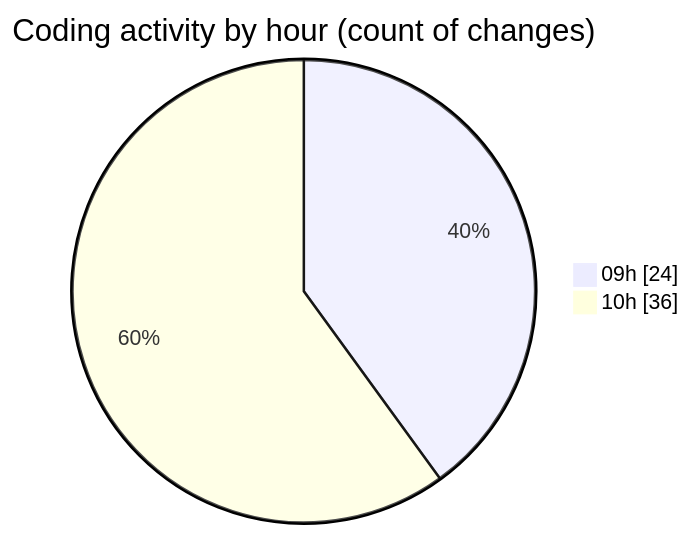
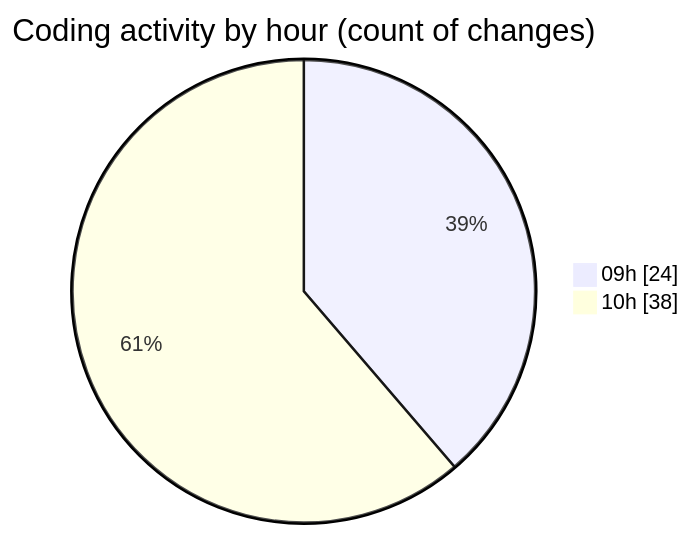
Before and after one commit to momahboobian/code-tracking: the second of 2 diagrams in 2025-10-07/cda/README.md, drawn with Mermaid. The commit also changed other lines of this file and 1 other file, not shown here.

````diff
--- a/2025-10-07/cda/README.md
+++ b/2025-10-07/cda/README.md
@@ -35,6 +35,6 @@
 ```mermaid
 pie showData
 title Coding activity by hour (count of changes)
 "09h" : 24
-"10h" : 36
+"10h" : 38
 ```
````
